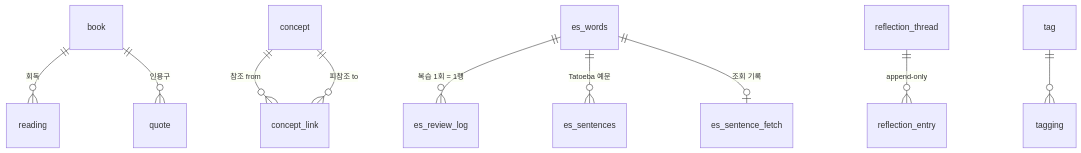
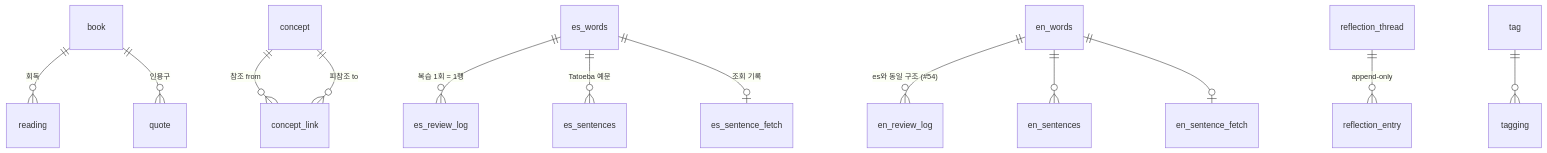
One commit to LeeSongHeon-LSH/LSHobby changed the diagram in docs/09-erd-ddl.md. Above: the diagram before and after it, drawn with Mermaid. The commit also changed other lines of this file and 25 other files, not shown here.

````diff
--- a/docs/09-erd-ddl.md
+++ b/docs/09-erd-ddl.md
@@ -10,16 +11,19 @@
 ```mermaid
 erDiagram
     %% library
     book ||--o{ reading : "회독"
     book ||--o{ quote : "인용구"
     %% knowledge
     concept ||--o{ concept_link : "참조 from"
     concept ||--o{ concept_link : "피참조 to"
     %% language
     es_words ||--o{ es_review_log : "복습 1회 = 1행"
     es_words ||--o{ es_sentences : "Tatoeba 예문"
     es_words ||--o| es_sentence_fetch : "조회 기록"
+    en_words ||--o{ en_review_log : "es와 동일 구조 (#54)"
+    en_words ||--o{ en_sentences : ""
+    en_words ||--o| en_sentence_fetch : ""
     %% shared
     reflection_thread ||--o{ reflection_entry : "append-only"
     tag ||--o{ tagging : ""
 ```
````
